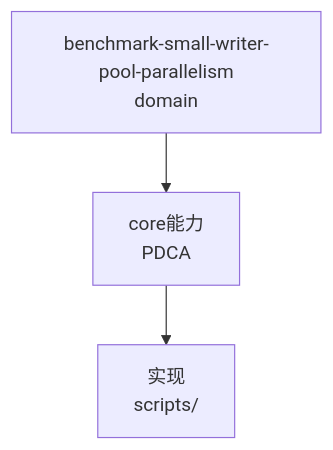
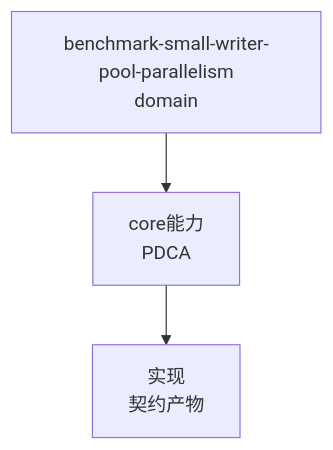
Before and after one commit to MyBlackHole/pdca-workflow: the diagram in ontology/domain/core/benchmark-small-writer-pool-parallelism.md, drawn with Mermaid. The commit also changed other lines of this file and 8256 other files, not shown here.

````diff
--- a/ontology/domain/core/benchmark-small-writer-pool-parallelism.md
+++ b/ontology/domain/core/benchmark-small-writer-pool-parallelism.md
@@ -47,6 +59,6 @@
 ```mermaid
 graph TD
     A[benchmark-small-writer-pool-parallelism<br/>domain] --> B[core能力<br/>PDCA]
-    B --> C[实现<br/>scripts/]
-    %% Source: ontology/domain/benchmark-small-writer-pool-parallelism.md:1 + ontology/concept/ontology-fidelity-criterion.md:1
+    B --> C[实现<br/>契约产物]
+    %% Source: ontology/domain/core/benchmark-small-writer-pool-parallelism.md:1 + ontology/concept/ontology-fidelity-criterion.md:1
 ```
````
